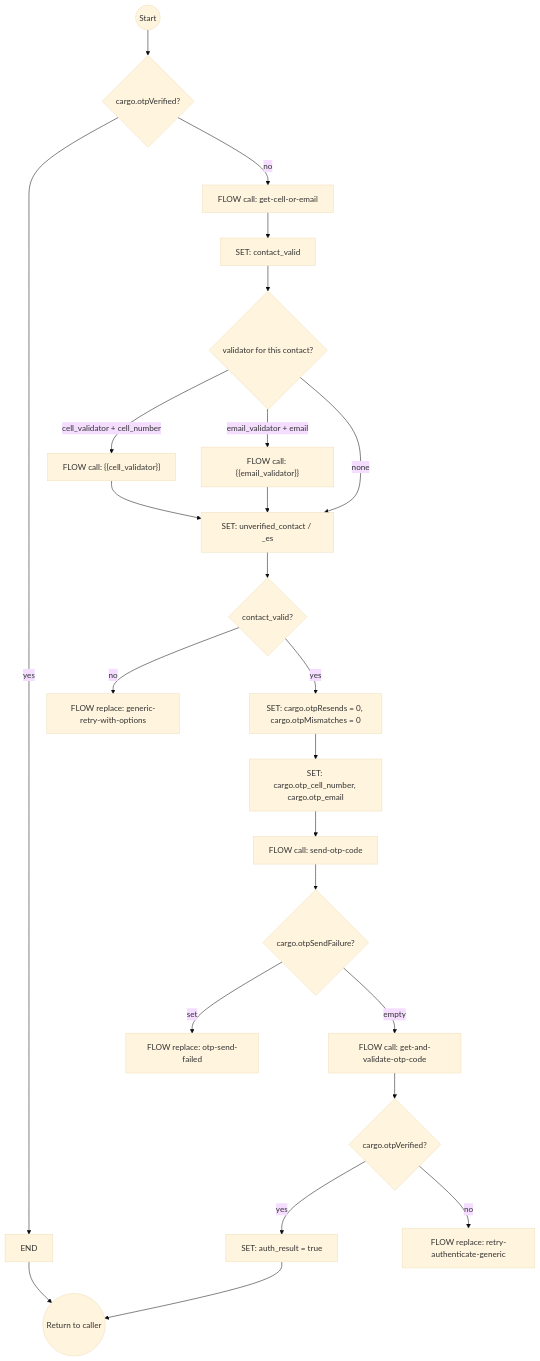
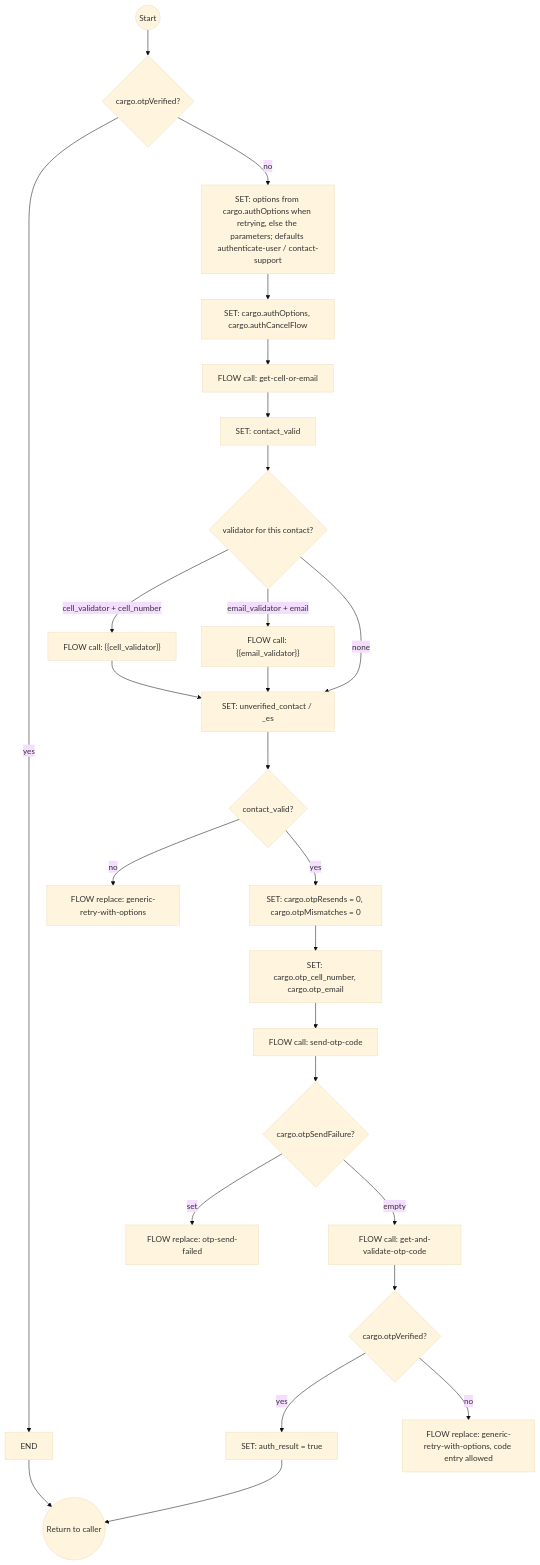
Before and after one commit to ronpinkas/jsfe: the fifth of 16 diagrams in docs/system-flows.md, drawn with Mermaid (base theme). The commit also changed other lines of this file and 1 other file, not shown here.

Commit message:
docs: system flows page for the single retry menu and cancel_flow at every exit

````diff
--- a/docs/system-flows.md
+++ b/docs/system-flows.md
@@ -244,26 +251,28 @@
 ```mermaid
 graph TD
     start((Start)) --> check_already_verified{cargo.otpVerified?}
     check_already_verified -->|yes| already_verified[END]
-    check_already_verified -->|no| get_contact_info[FLOW call: get-cell-or-email]
+    check_already_verified -->|no| options["SET: options from cargo.authOptions when retrying, else the parameters; defaults authenticate-user / contact-support"]
+    options --> remember_options[SET: cargo.authOptions, cargo.authCancelFlow]
+    remember_options --> get_contact_info[FLOW call: get-cell-or-email]
     get_contact_info --> init_contact_valid[SET: contact_valid]
     init_contact_valid --> validate_contact{validator for this contact?}
     validate_contact -->|cell_validator + cell_number| run_cell_validator["FLOW call: {{cell_validator}}"]
     validate_contact -->|email_validator + email| run_email_validator["FLOW call: {{email_validator}}"]
     validate_contact -->|none| describe[SET: unverified_contact / _es]
     run_cell_validator --> describe
     run_email_validator --> describe
     describe --> gate{contact_valid?}
     gate -->|no| contact_not_verified[FLOW replace: generic-retry-with-options]
     gate -->|yes| reset_counts[SET: cargo.otpResends = 0, cargo.otpMismatches = 0]
     reset_counts --> set_cargo[SET: cargo.otp_cell_number, cargo.otp_email]
     set_cargo --> send_code[FLOW call: send-otp-code]
     send_code --> auth_check_sent{cargo.otpSendFailure?}
     auth_check_sent -->|set| auth_send_failed[FLOW replace: otp-send-failed]
     auth_check_sent -->|empty| get_and_validate[FLOW call: get-and-validate-otp-code]
     get_and_validate --> check_result{cargo.otpVerified?}
     check_result -->|yes| auth_success[SET: auth_result = true]
-    check_result -->|no| auth_failed[FLOW replace: retry-authenticate-generic]
+    check_result -->|no| auth_failed["FLOW replace: generic-retry-with-options, code entry allowed"]
     auth_success --> stop((Return to caller))
     already_verified --> stop
 ```
````
